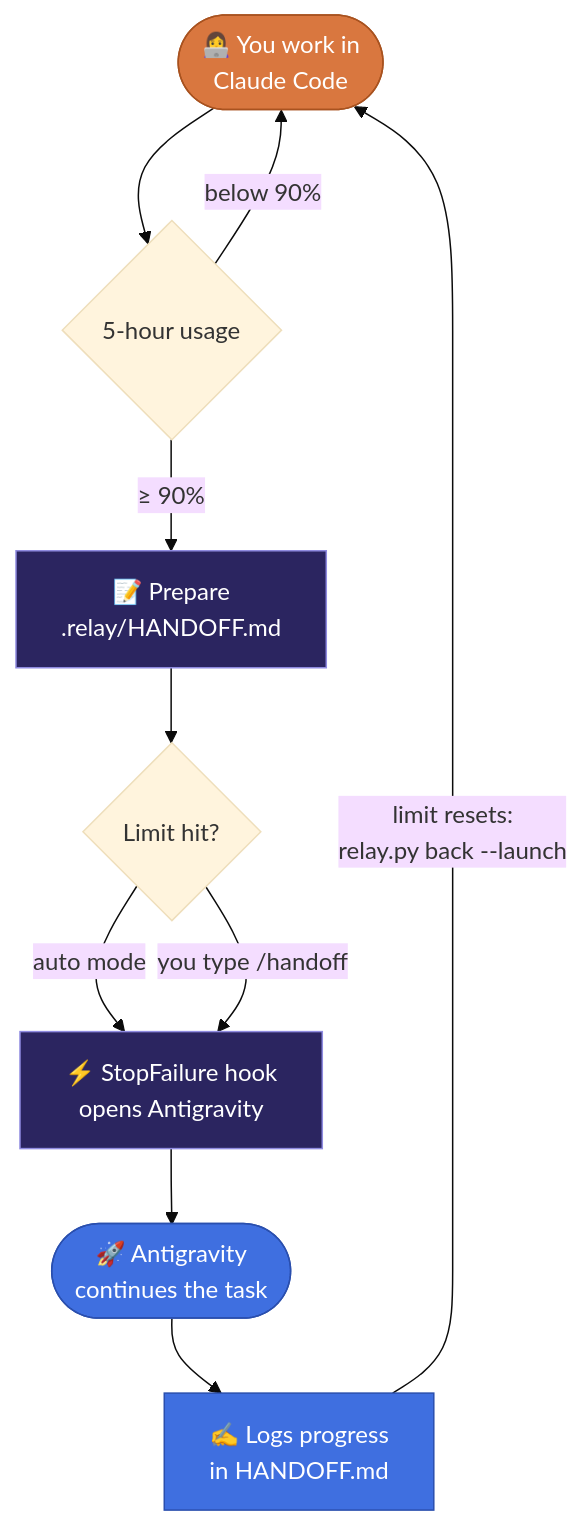
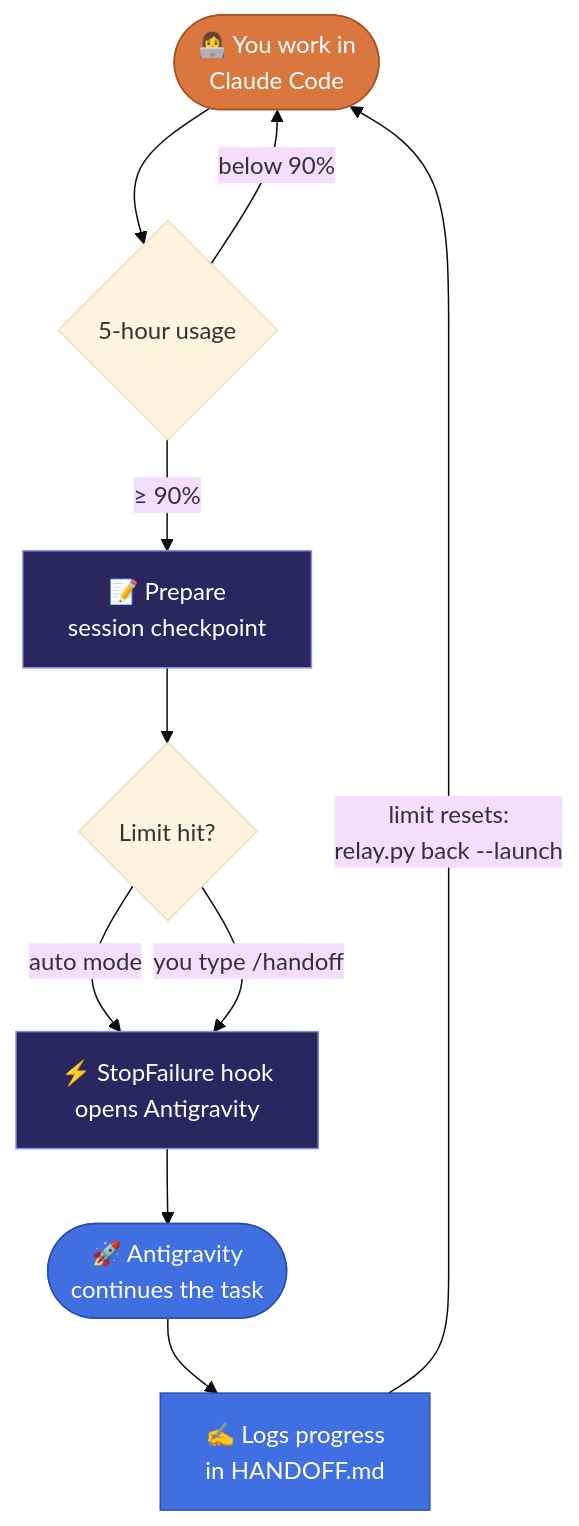
One commit to CodeWidKrish/claude-relay changed the first of 2 diagrams in README.md. Above: the diagram before and after it, drawn with Mermaid (base theme). The commit also changed other lines of this file and 4 other files, not shown here.

Commit message:
Release Claude Relay v1.4 with session-scoped handoffs

````diff
--- a/README.md
+++ b/README.md
@@ -78,19 +78,19 @@
 ```mermaid
 flowchart TD
     A([👩‍💻 You work in<br/>Claude Code]) --> B{5-hour usage}
     B -- "below 90%" --> A
-    B -- "≥ 90%" --> C[📝 Prepare<br/>.relay/HANDOFF.md]
+    B -- "≥ 90%" --> C[📝 Prepare<br/>session checkpoint]
     C --> D{Limit hit?}
     D -- "auto mode" --> E[⚡ StopFailure hook<br/>opens Antigravity]
     D -- "you type /handoff" --> E
     E --> F([🚀 Antigravity<br/>continues the task])
     F --> G[✍️ Logs progress<br/>in HANDOFF.md]
     G -- "limit resets:<br/>relay.py back --launch" --> A
 
     classDef claude fill:#d9773f,stroke:#a8521f,color:#fff
     classDef agy fill:#3f6fe0,stroke:#2a4fae,color:#fff
     classDef file fill:#2b2560,stroke:#8f8be0,color:#fff
     class A claude
     class F,G agy
     class C,E file
 ```
````
